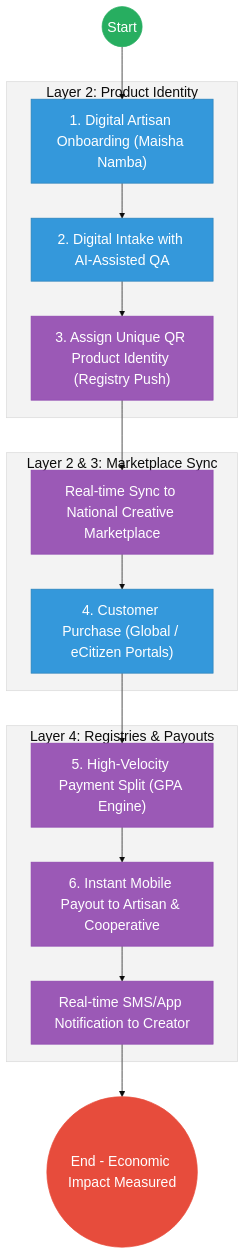
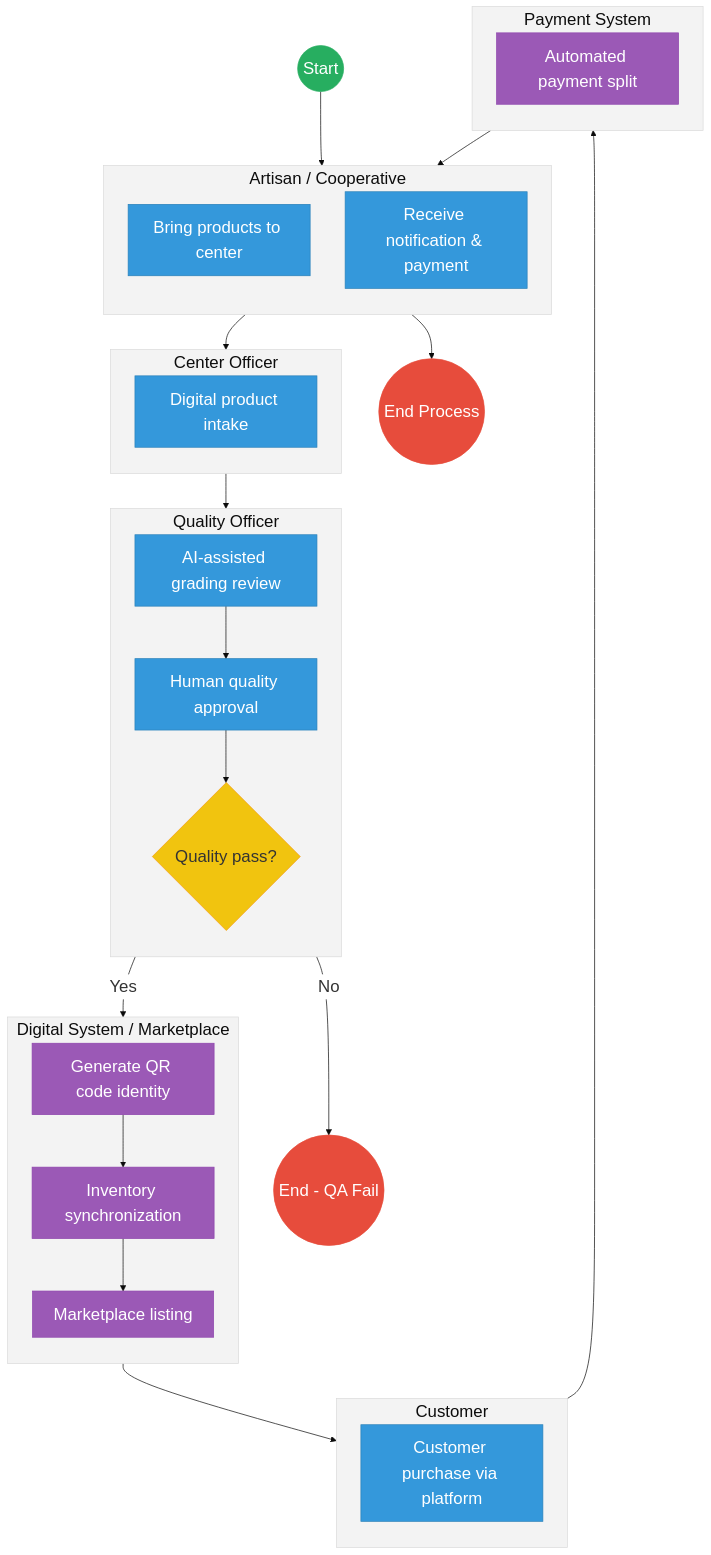
One commit to BITZ-IT-Consulting-LTD/ictapoc changed the second of 2 diagrams in mdas/docs_final/priority_mdas/Culture_and_Heritage___Service_Delivery.md. Above: the diagram before and after it, drawn with Mermaid. The commit also changed other lines of this file and 90 other files, not shown here.

````diff
--- a/mdas/docs_final/priority_mdas/Culture_and_Heritage___Service_Delivery.md
+++ b/mdas/docs_final/priority_mdas/Culture_and_Heritage___Service_Delivery.md
@@ -111,33 +170,74 @@
 ```mermaid
-%%{init: { 'theme': 'base', 'themeVariables': { 'fontSize': '20px', 'fontFamily': 'Inter, system-ui, sans-serif', 'primaryColor': '#ffffff', 'edgeLabelBackground':'#ffffff', 'tertiaryColor': '#f3f3f3', 'mainBkg': '#ffffff', 'nodeBorder': '#333333' } } }%%
+%%{init: { 'theme': 'base', 'themeVariables': { 'fontSize': '24px', 'fontFamily': 'Inter, system-ui, sans-serif', 'primaryColor': '#ffffff', 'edgeLabelBackground':'#ffffff', 'tertiaryColor': '#f3f3f3', 'mainBkg': '#ffffff', 'nodeBorder': '#333333' } } }%%
 flowchart TD
-    Start((Start)) --> Onboard["1. Digital Artisan Onboarding (Maisha Namba)"]
-    
-    subgraph Trust_Hub["Layer 2: Product Identity"]
-        Onboard --> Intake["2. Digital Intake with AI-Assisted QA"]
-        Intake --> GenQR["3. Assign Unique QR Product Identity (Registry Push)"]
+    %% Events
+    Start((Start))
+    EndProcess(("End Process"))
+    EndFail(("End - QA Fail"))
+
+    subgraph ArtisanCoop["Artisan / Cooperative"]
+        direction TB
+        BringProd["Bring products to center"]
+        RecNotif["Receive notification & payment"]
     end
 
-    subgraph Operations["Layer 2 & 3: Marketplace Sync"]
-        GenQR --> SyncInv["Real-time Sync to National Creative Marketplace"]
-        SyncInv --> CustBuy["4. Customer Purchase (Global / eCitizen Portals)"]
+    subgraph CenterOff["Center Officer"]
+        direction TB
+        DigIntake["Digital product intake"]
     end
 
-    subgraph Settlement["Layer 4: Registries & Payouts"]
-        CustBuy --> GPA["5. High-Velocity Payment Split (GPA Engine)"]
-        GPA --> ArtisanWallet["6. Instant Mobile Payout to Artisan & Cooperative"]
-        ArtisanWallet --> Notification["Real-time SMS/App Notification to Creator"]
+    subgraph QualOff["Quality Officer"]
+        direction TB
+        AIGrade["AI-assisted grading review"]
+        ApprQual["Human quality approval"]
+        QualGateway{"Quality pass?"}
     end
 
-    Notification --> EndProcess(("End - Economic Impact Measured"))
+    subgraph Sys["Digital System / Marketplace"]
+        direction TB
+        GenQR["Generate QR code identity"]
+        SyncInv["Inventory synchronization"]
+        ListMarket["Marketplace listing"]
+    end
 
-    classDef start fill:#27ae60,stroke:#27ae60,color:#fff,font-size:20px;;
-    classDef endNode fill:#e74c3c,stroke:#e74c3c,color:#fff,font-size:20px;;
-    classDef userTask fill:#3498db,stroke:#2980b9,color:#fff,font-size:20px;;
-    classDef serviceTask fill:#9b59b6,stroke:#8e44ad,color:#fff,font-size:20px;;
+    subgraph Cust [Customer]
+        direction TB
+        CustBuy["Customer purchase via platform"]
+    end
+
+    subgraph PaySys["Payment System"]
+        direction TB
+        AutoSplit["Automated payment split"]
+    end
+
+    %% Flow connections
+    Start --> BringProd
+    BringProd --> DigIntake
+    DigIntake --> AIGrade
+    AIGrade --> ApprQual
+    ApprQual --> QualGateway
     
-    class Start start;
-    class EndProcess endNode;
-    class Onboard,Intake,CustBuy userTask;
-    class GenQR,SyncInv,GPA,ArtisanWallet,Notification serviceTask;
+    QualGateway -- "No" --> EndFail
+    QualGateway -- "Yes" --> GenQR
+    
+    GenQR --> SyncInv
+    SyncInv --> ListMarket
+    ListMarket --> CustBuy
+    
+    CustBuy --> AutoSplit
+    AutoSplit --> RecNotif
+    RecNotif --> EndProcess
+
+    %% Styling
+    classDef startEvent fill:#27ae60,stroke:#27ae60,color:#fff,font-size:24px,font-size:24px;;
+    classDef endEvent fill:#e74c3c,stroke:#e74c3c,color:#fff,font-size:24px,font-size:24px;;
+    classDef userTask fill:#3498db,stroke:#2980b9,color:#fff,font-size:24px,font-size:24px;;
+    classDef serviceTask fill:#9b59b6,stroke:#8e44ad,color:#fff,font-size:24px,font-size:24px;;
+    classDef gateway fill:#f1c40f,stroke:#f39c12,color:#333,font-size:24px,font-size:24px;;
+    
+    class Start startEvent;
+    class EndProcess,EndFail endEvent;
+    class QualGateway gateway;
+    class GenQR,SyncInv,ListMarket,AutoSplit serviceTask;
+    class BringProd,DigIntake,AIGrade,ApprQual,CustBuy,RecNotif userTask;
 ```
````
